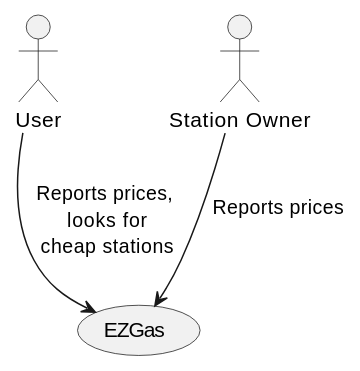
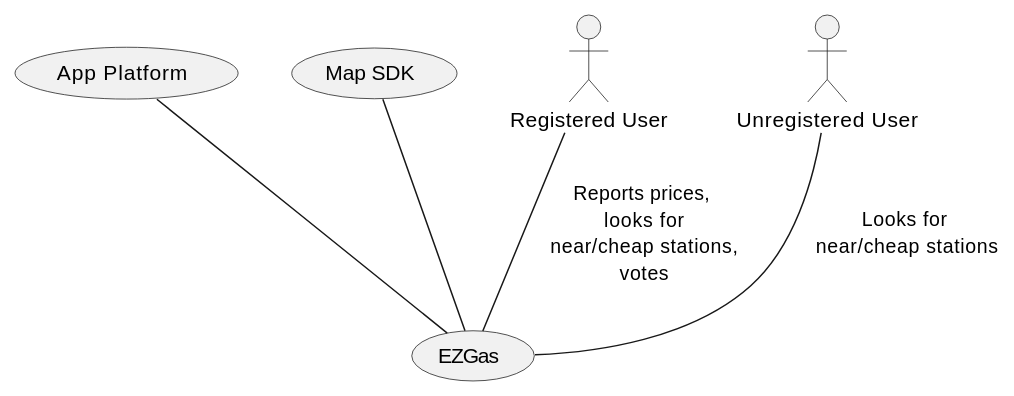
One commit to SoftengPoliTo/Lab2 changed the first of 4 diagrams in REQ_s274930.md. Above: the diagram before and after it, drawn with PlantUML. The commit also changed other lines of this file, not shown here.

````diff
--- a/REQ_s274930.md
+++ b/REQ_s274930.md
@@ -52,6 +52,8 @@
 ```plantuml
-User --> (EZGas) : Reports prices,\n looks for\n cheap stations
 
-:Station Owner: --> (EZGas) : Reports prices\n
+(App Platform) -- (EZGas)
+(Map SDK) -- (EZGas)
+:Registered User:  -- (EZGas) : Reports prices,\n looks for\n near/cheap stations,\n votes
+:Unregistered User: -- (EZGas) : Looks for\n near/cheap stations
 
 ```
````
